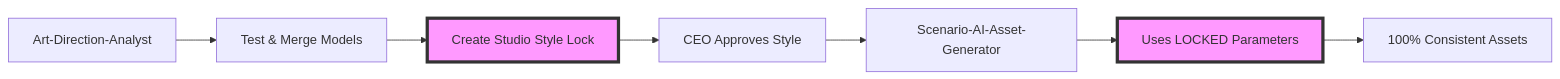
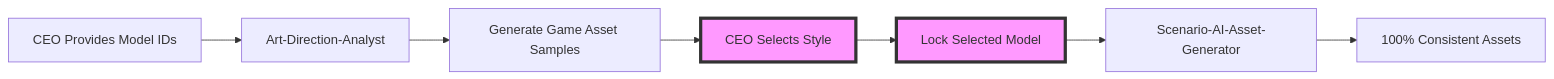
One commit to byqusai/amani changed the diagram in CLAUDE.md. Above: the diagram before and after it, drawn with Mermaid. The commit also changed other lines of this file and 49 other files, not shown here.

First line of the commit message:
feat: Complete AI Game Studio enhancement with Unity-first architecture

````diff
--- a/CLAUDE.md
+++ b/CLAUDE.md
@@ -26,12 +166,12 @@
 ```mermaid
 graph LR
-    A[Art-Direction-Analyst] --> B[Test & Merge Models]
-    B --> C[Create Studio Style Lock]
-    C --> D[CEO Approves Style]
-    D --> E[Scenario-AI-Asset-Generator]
-    E --> F[Uses LOCKED Parameters]
+    A[CEO Provides Model IDs] --> B[Art-Direction-Analyst]
+    B --> C[Generate Game Asset Samples]
+    C --> D[CEO Selects Style]
+    D --> E[Lock Selected Model]
+    E --> F[Scenario-AI-Asset-Generator]
     F --> G[100% Consistent Assets]
     
-    style C fill:#f9f,stroke:#333,stroke-width:4px
-    style F fill:#f9f,stroke:#333,stroke-width:4px
+    style D fill:#f9f,stroke:#333,stroke-width:4px
+    style E fill:#f9f,stroke:#333,stroke-width:4px
 ```
````
